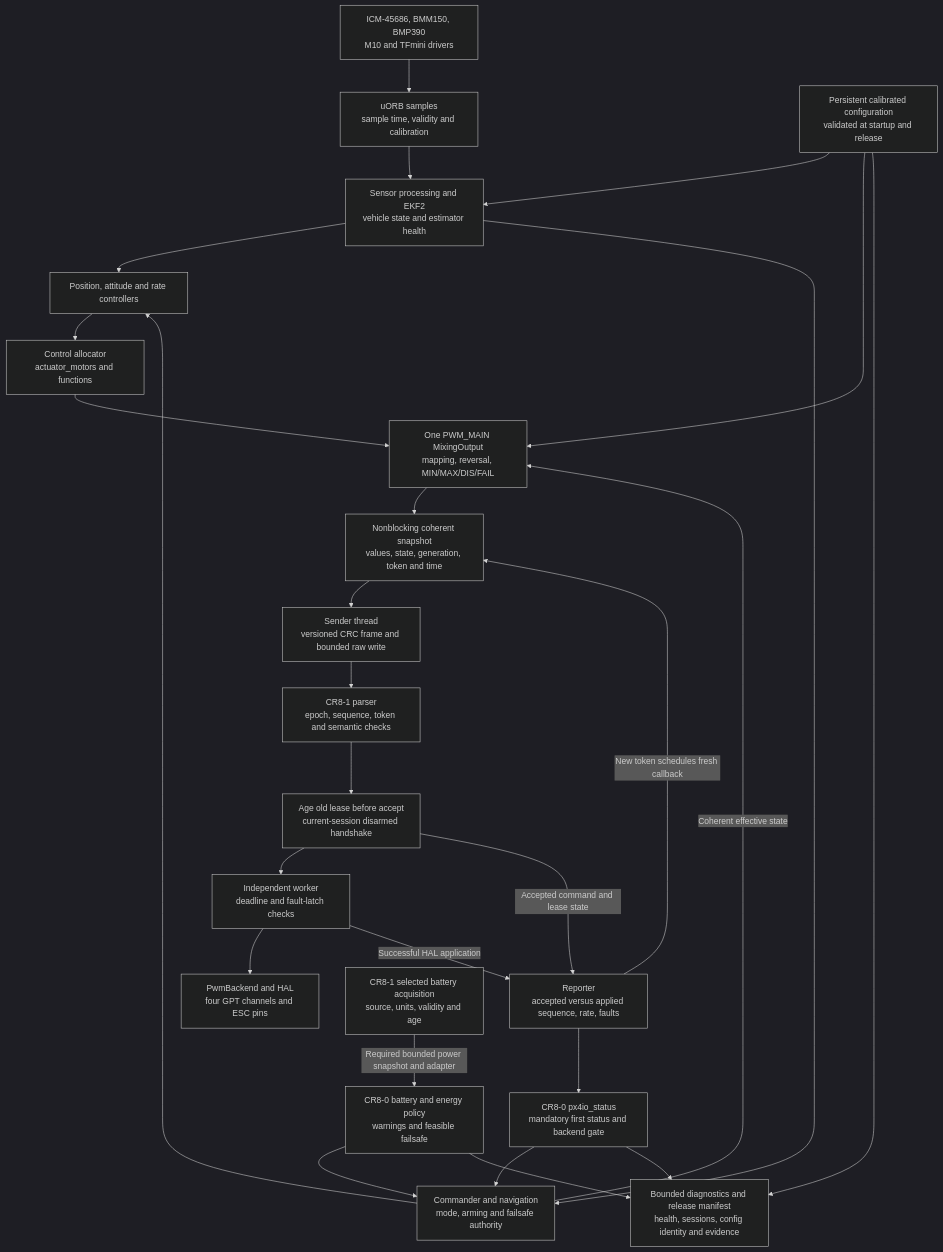
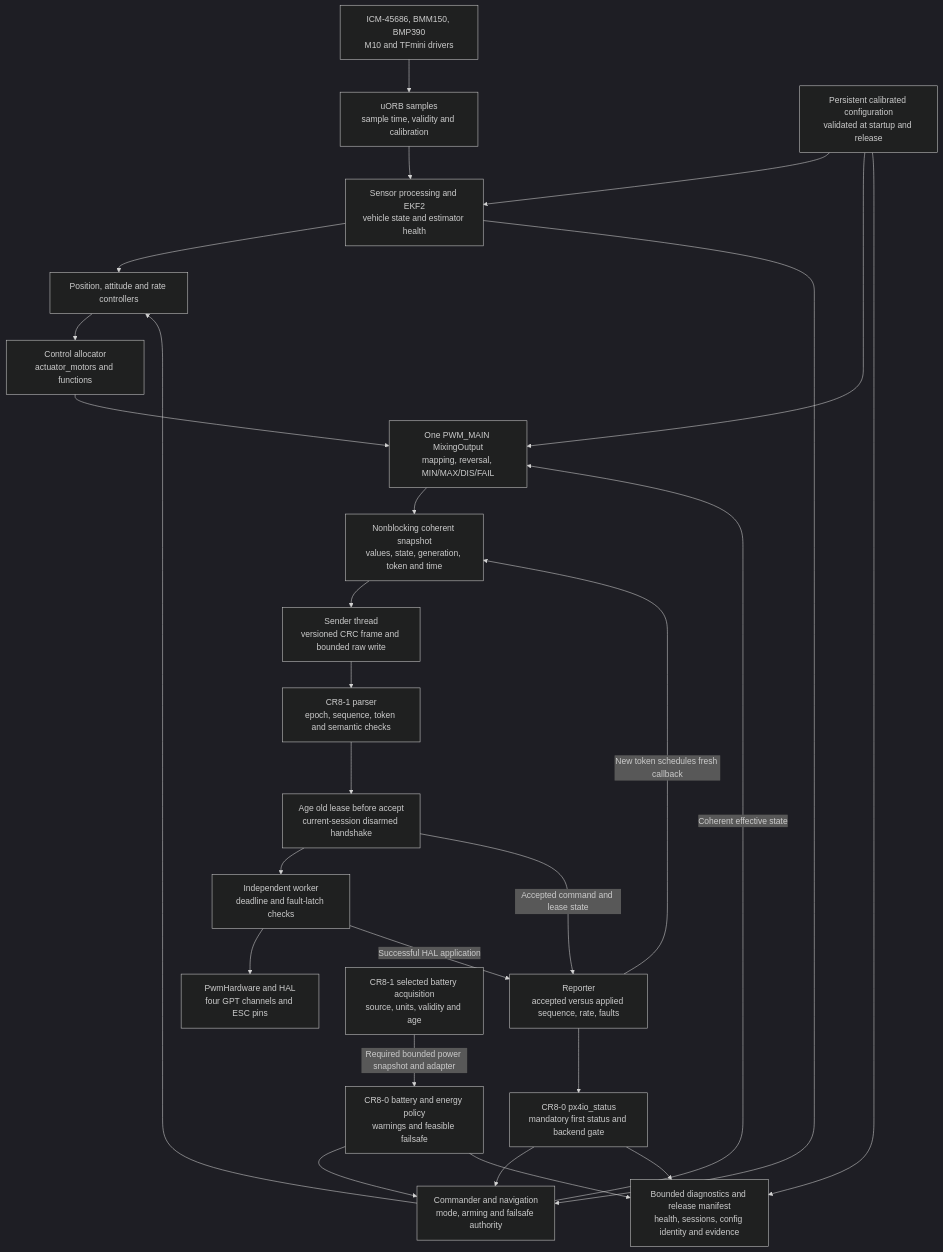
The fifth of 10 diagrams in docs/renesas/marketing/rzv2h-dualcr8-demo-design.md (nguyentri/PX4-Autopilot), drawn with Mermaid (dark theme) before and after one commit. The commit also changed other lines of this file and 14 other files, not shown here.

````diff
--- a/docs/renesas/marketing/rzv2h-dualcr8-demo-design.md
+++ b/docs/renesas/marketing/rzv2h-dualcr8-demo-design.md
@@ -289,36 +289,36 @@
 ```mermaid
 flowchart TD
     S[ICM-45686, BMM150, BMP390<br/>M10 and TFmini drivers]
     U[uORB samples<br/>sample time, validity and calibration]
     EK[Sensor processing and EKF2<br/>vehicle state and estimator health]
     CM[Commander and navigation<br/>mode, arming and failsafe authority]
     CT[Position, attitude and rate controllers]
     CA[Control allocator<br/>actuator_motors and functions]
     MX[One PWM_MAIN MixingOutput<br/>mapping, reversal, MIN/MAX/DIS/FAIL]
     SP[Nonblocking coherent snapshot<br/>values, state, generation, token and time]
     TX[Sender thread<br/>versioned CRC frame and bounded raw write]
     RX[CR8-1 parser<br/>epoch, sequence, token and semantic checks]
     LS[Age old lease before accept<br/>current-session disarmed handshake]
     WK[Independent worker<br/>deadline and fault-latch checks]
-    HW[PwmBackend and HAL<br/>four GPT channels and ESC pins]
+    HW[PwmHardware and HAL<br/>four GPT channels and ESC pins]
     ST[Reporter<br/>accepted versus applied sequence, rate, faults]
     HS[CR8-0 px4io_status<br/>mandatory first status and backend gate]
     BP[CR8-1 selected battery acquisition<br/>source, units, validity and age]
     EN[CR8-0 battery and energy policy<br/>warnings and feasible failsafe]
     PS[Persistent calibrated configuration<br/>validated at startup and release]
     DG[Bounded diagnostics and release manifest<br/>health, sessions, config identity and evidence]
     S --> U --> EK --> CT --> CA --> MX --> SP --> TX --> RX --> LS --> WK --> HW
     EK --> CM
     CM --> CT
     CM -->|Coherent effective state| MX
     WK -->|Successful HAL application| ST
     LS -->|Accepted command and lease state| ST
     ST --> HS --> CM
     ST -->|New token schedules fresh callback| SP
     BP -->|Required bounded power snapshot and adapter| EN --> CM
     PS --> EK
     PS --> MX
     EN --> DG
     HS --> DG
     PS --> DG
 ```
````
